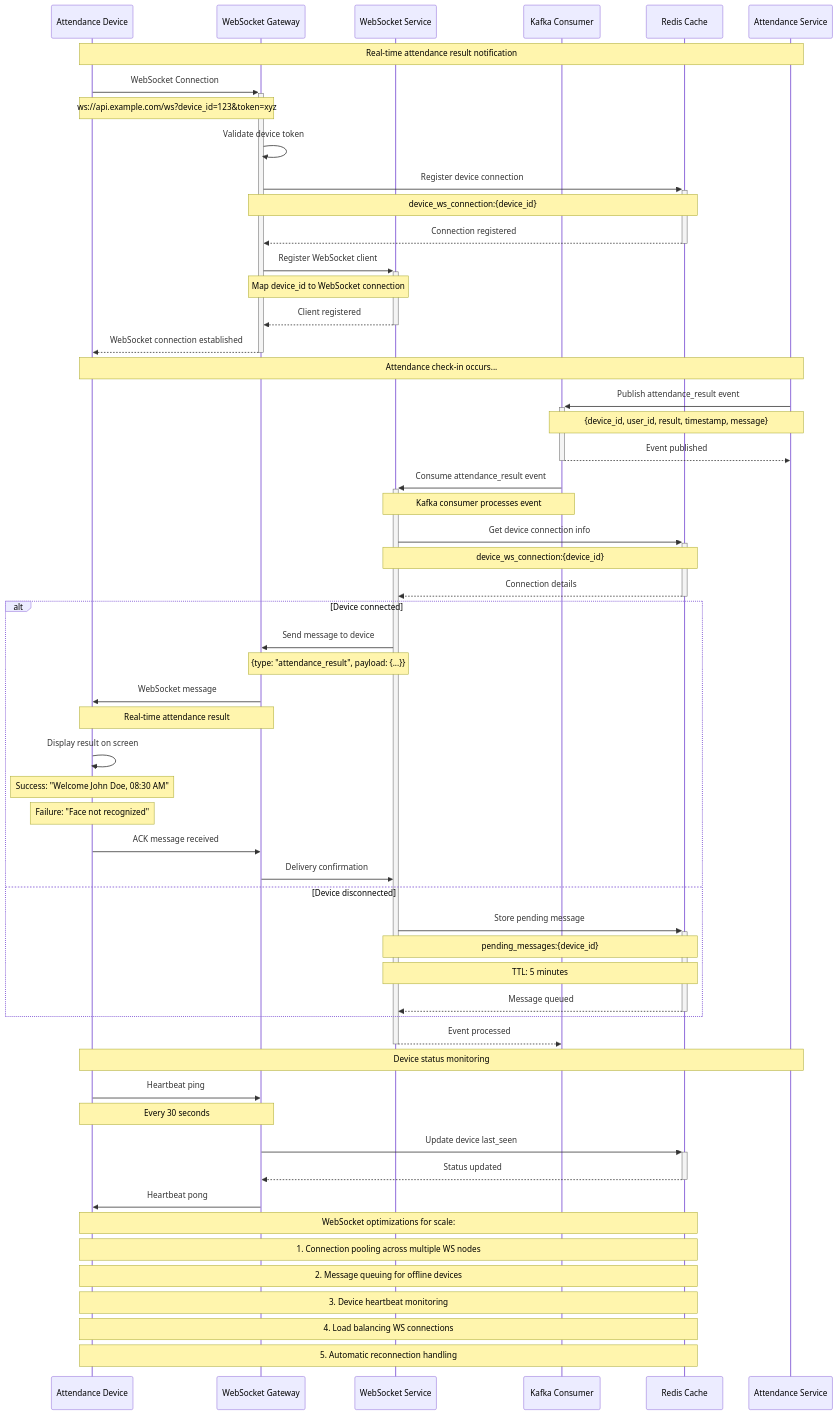
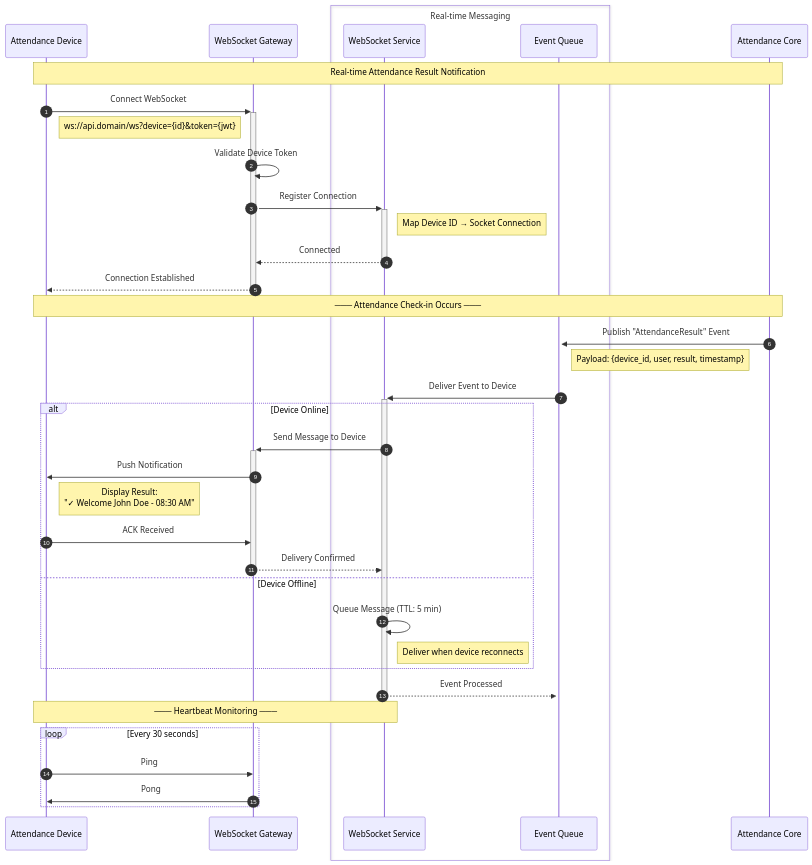
The diagram in doc/sequence_diagrams/websocket/attendance_result.mmd (Youknow2509/cio_verify_face), drawn with Mermaid before and after one commit. The commit also changed 70 other files, not shown here.

Commit message:
feat(client): complete UI implementation for all 4 apps - web-admin, web-staff, device-app, system-admin with full features, themes, and auth

```diff
--- a/doc/sequence_diagrams/websocket/attendance_result.mmd
+++ b/doc/sequence_diagrams/websocket/attendance_result.mmd
@@ -1,75 +1,47 @@
 sequenceDiagram
+    autonumber
     participant Device as Attendance Device
-    participant WSGateway as WebSocket Gateway
-    participant WS as WebSocket Service
-    participant Queue as Kafka Consumer
-    participant Cache as Redis Cache
-    participant Attendance as Attendance Service
+    participant Gateway as WebSocket Gateway
+    box Real-time Messaging #f0f9ff
+        participant Socket as WebSocket Service
+        participant Queue as Event Queue
+    end
+    participant Core as Attendance Core
 
-    Note over Device,Attendance: Real-time attendance result notification
+    Note over Device,Core: Real-time Attendance Result Notification
+
+    Device->>+Gateway: Connect WebSocket
+    Note right of Device: ws://api.domain/ws?device={id}&token={jwt}
     
-    Device->>+WSGateway: WebSocket Connection
-    Note over Device,WSGateway: ws://api.example.com/ws?device_id=123&token=xyz
+    Gateway->>Gateway: Validate Device Token
+    Gateway->>+Socket: Register Connection
+    Note right of Socket: Map Device ID → Socket Connection
+    Socket-->>-Gateway: Connected
+    Gateway-->>-Device: Connection Established
+
+    Note over Device,Core: ─── Attendance Check-in Occurs ───
+
+    Core->>+Queue: Publish "AttendanceResult" Event
+    Note right of Queue: Payload: {device_id, user, result, timestamp}
     
-    WSGateway->>WSGateway: Validate device token
-    WSGateway->>+Cache: Register device connection
-    Note over WSGateway,Cache: device_ws_connection:{device_id}
-    Cache-->>-WSGateway: Connection registered
+    Queue->>+Socket: Deliver Event to Device
     
-    WSGateway->>+WS: Register WebSocket client
-    Note over WSGateway,WS: Map device_id to WebSocket connection
-    WS-->>-WSGateway: Client registered
-    
-    WSGateway-->>-Device: WebSocket connection established
-    
-    Note over Device,Attendance: Attendance check-in occurs...
-    
-    Attendance->>+Queue: Publish attendance_result event
-    Note over Attendance,Queue: {device_id, user_id, result, timestamp, message}
-    Queue-->>-Attendance: Event published
-    
-    Queue->>+WS: Consume attendance_result event
-    Note over Queue,WS: Kafka consumer processes event
-    
-    WS->>+Cache: Get device connection info
-    Note over WS,Cache: device_ws_connection:{device_id}
-    Cache-->>-WS: Connection details
-    
-    alt Device connected
-        WS->>WSGateway: Send message to device
-        Note over WS,WSGateway: {type: "attendance_result", payload: {...}}
-        
-        WSGateway->>Device: WebSocket message
-        Note over WSGateway,Device: Real-time attendance result
-        
-        Device->>Device: Display result on screen
-        Note over Device: Success: "Welcome John Doe, 08:30 AM"
-        Note over Device: Failure: "Face not recognized"
-        
-        Device->>WSGateway: ACK message received
-        WSGateway->>WS: Delivery confirmation
-    else Device disconnected
-        WS->>+Cache: Store pending message
-        Note over WS,Cache: pending_messages:{device_id}
-        Note over WS,Cache: TTL: 5 minutes
-        Cache-->>-WS: Message queued
+    alt Device Online
+        Socket->>+Gateway: Send Message to Device
+        Gateway->>Device: Push Notification
+        Note right of Device: Display Result:<br/>"✓ Welcome John Doe - 08:30 AM"
+        Device->>Gateway: ACK Received
+        Gateway-->>-Socket: Delivery Confirmed
+    else Device Offline
+        Socket->>Socket: Queue Message (TTL: 5 min)
+        Note right of Socket: Deliver when device reconnects
     end
     
-    WS-->>-Queue: Event processed
-    
-    Note over Device,Attendance: Device status monitoring
-    
-    Device->>WSGateway: Heartbeat ping
-    Note over Device,WSGateway: Every 30 seconds
-    
-    WSGateway->>+Cache: Update device last_seen
-    Cache-->>-WSGateway: Status updated
-    
-    WSGateway->>Device: Heartbeat pong
-    
-    Note over Device,Cache: WebSocket optimizations for scale:
-    Note over Device,Cache: 1. Connection pooling across multiple WS nodes
-    Note over Device,Cache: 2. Message queuing for offline devices
-    Note over Device,Cache: 3. Device heartbeat monitoring
-    Note over Device,Cache: 4. Load balancing WS connections
-    Note over Device,Cache: 5. Automatic reconnection handling
+    Socket-->>-Queue: Event Processed
+
+    Note over Device,Socket: ─── Heartbeat Monitoring ───
+
+    loop Every 30 seconds
+        Device->>Gateway: Ping
+        Gateway->>Device: Pong
+    end
```
